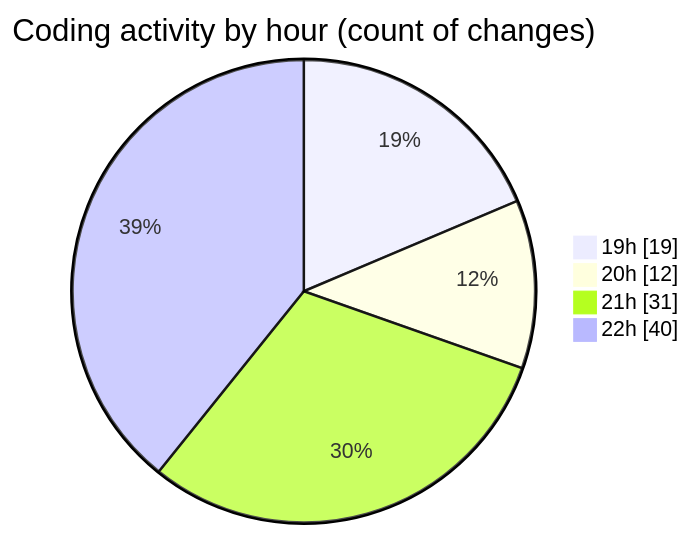
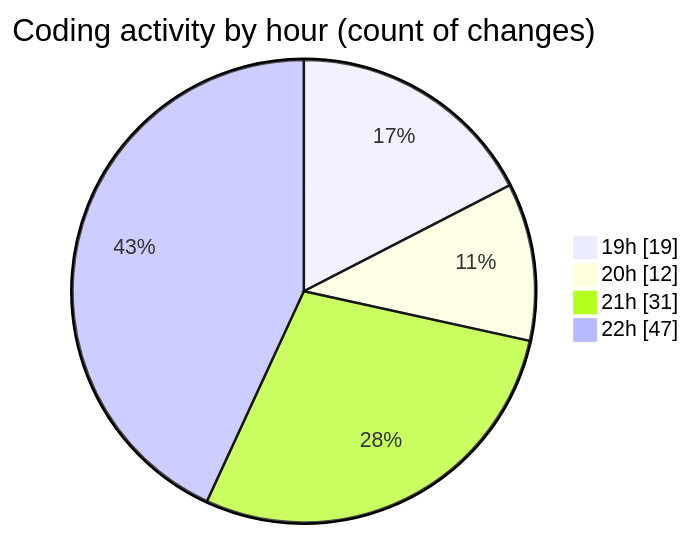
One commit to lephambinh05/code-tracking changed the second of 2 diagrams in 2025-07-28/quanlyrapchieuphim-2/README.md. Above: the diagram before and after it, drawn with Mermaid. The commit also changed other lines of this file and 1 other file, not shown here.

````diff
--- a/2025-07-28/quanlyrapchieuphim-2/README.md
+++ b/2025-07-28/quanlyrapchieuphim-2/README.md
@@ -59,8 +59,8 @@
 ```mermaid
 pie showData
 title Coding activity by hour (count of changes)
 "19h" : 19
 "20h" : 12
 "21h" : 31
-"22h" : 40
+"22h" : 47
 ```
````
